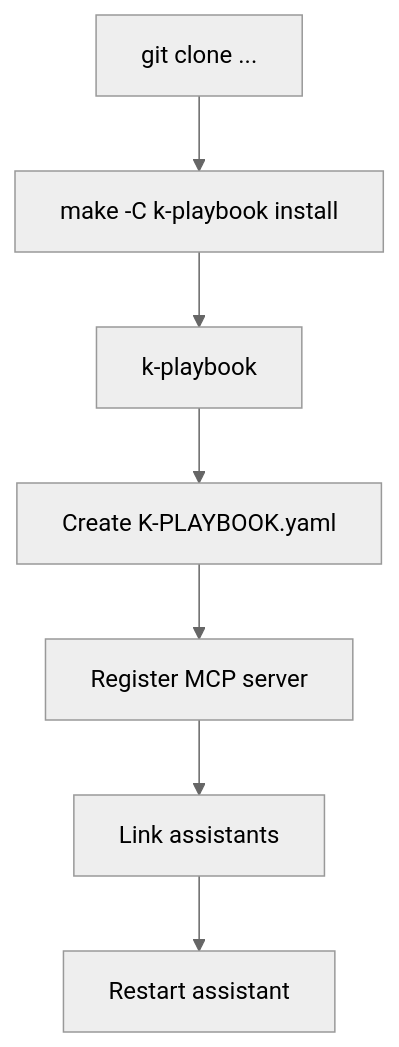
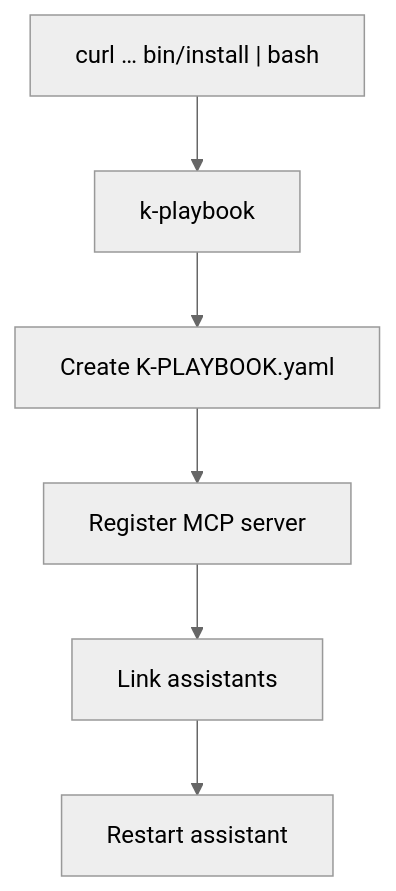
Before and after one commit to kascada/k-playbook: the second of 3 diagrams in defaults/docs/handbook/manual.md, drawn with Mermaid (neutral theme). The commit also changed other lines of this file and 153 other files, not shown here.

````diff
--- a/defaults/docs/handbook/manual.md
+++ b/defaults/docs/handbook/manual.md
@@ -157,9 +158,8 @@
 ```mermaid
 flowchart TD
-    A["git clone ..."] --> A2["make -C k-playbook install"]
-    A2 --> B["k-playbook"]
+    A["curl … bin/install | bash"] --> B["k-playbook"]
     B --> C["Create K-PLAYBOOK.yaml"]
     C --> E["Register MCP server"]
     E --> F["Link assistants"]
     F --> G["Restart assistant"]
 ```
````
